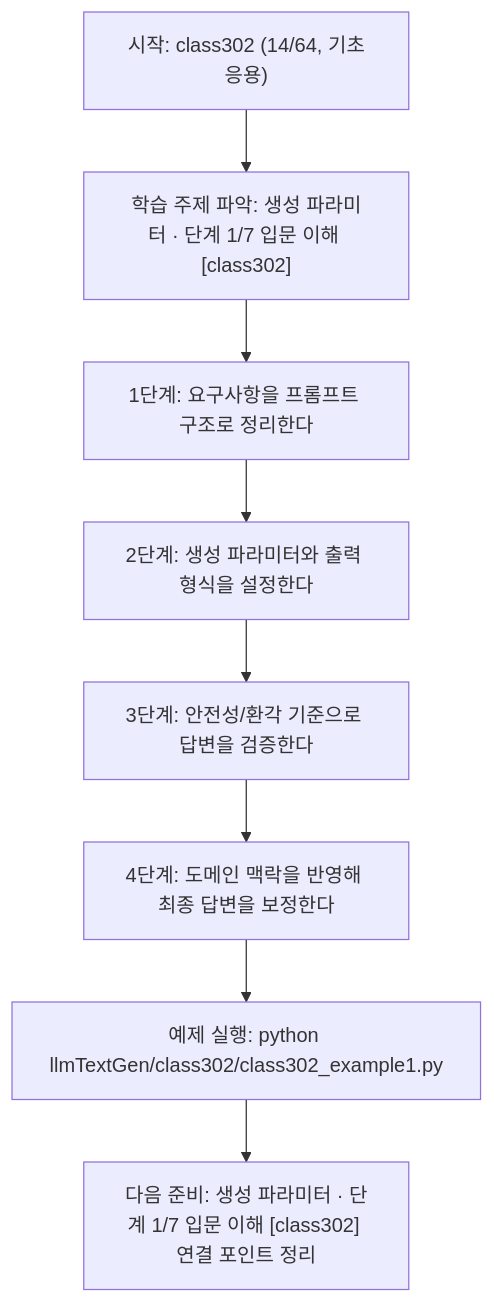
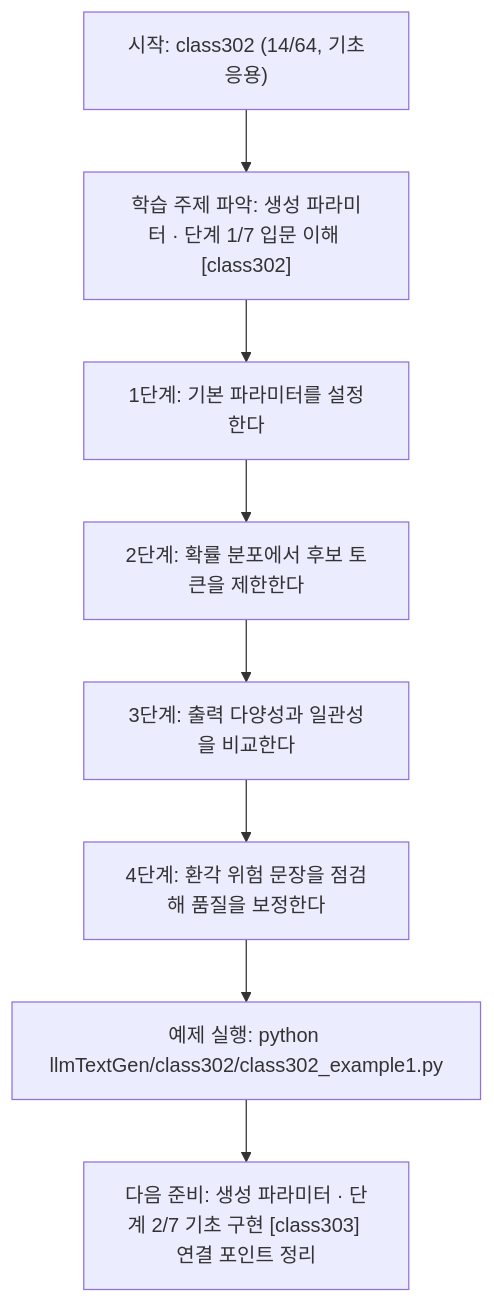
One commit to edumgt/Python-AI_Agent-Class changed the diagram in llmTextGen/class302/class302.md. Above: the diagram before and after it, drawn with Mermaid. The commit also changed other lines of this file and 451 other files, not shown here.

````diff
--- a/llmTextGen/class302/class302.md
+++ b/llmTextGen/class302/class302.md
@@ -113,18 +95,18 @@
 ```mermaid
 flowchart TD
 N1["시작: class302 (14/64, 기초응용)"]
 N2["학습 주제 파악: 생성 파라미터 · 단계 1/7 입문 이해 [class302]"]
-N3["1단계: 요구사항을 프롬프트 구조로 정리한다"]
-N4["2단계: 생성 파라미터와 출력 형식을 설정한다"]
-N5["3단계: 안전성/환각 기준으로 답변을 검증한다"]
-N6["4단계: 도메인 맥락을 반영해 최종 답변을 보정한다"]
+N3["1단계: 기본 파라미터를 설정한다"]
+N4["2단계: 확률 분포에서 후보 토큰을 제한한다"]
+N5["3단계: 출력 다양성과 일관성을 비교한다"]
+N6["4단계: 환각 위험 문장을 점검해 품질을 보정한다"]
 N7["예제 실행: python llmTextGen/class302/class302_example1.py"]
-N8["다음 준비: 생성 파라미터 · 단계 1/7 입문 이해 [class302] 연결 포인트 정리"]
+N8["다음 준비: 생성 파라미터 · 단계 2/7 기초 구현 [class303] 연결 포인트 정리"]
 N1 --> N2
 N2 --> N3
 N3 --> N4
 N4 --> N5
 N5 --> N6
 N6 --> N7
 N7 --> N8
 ```
````
